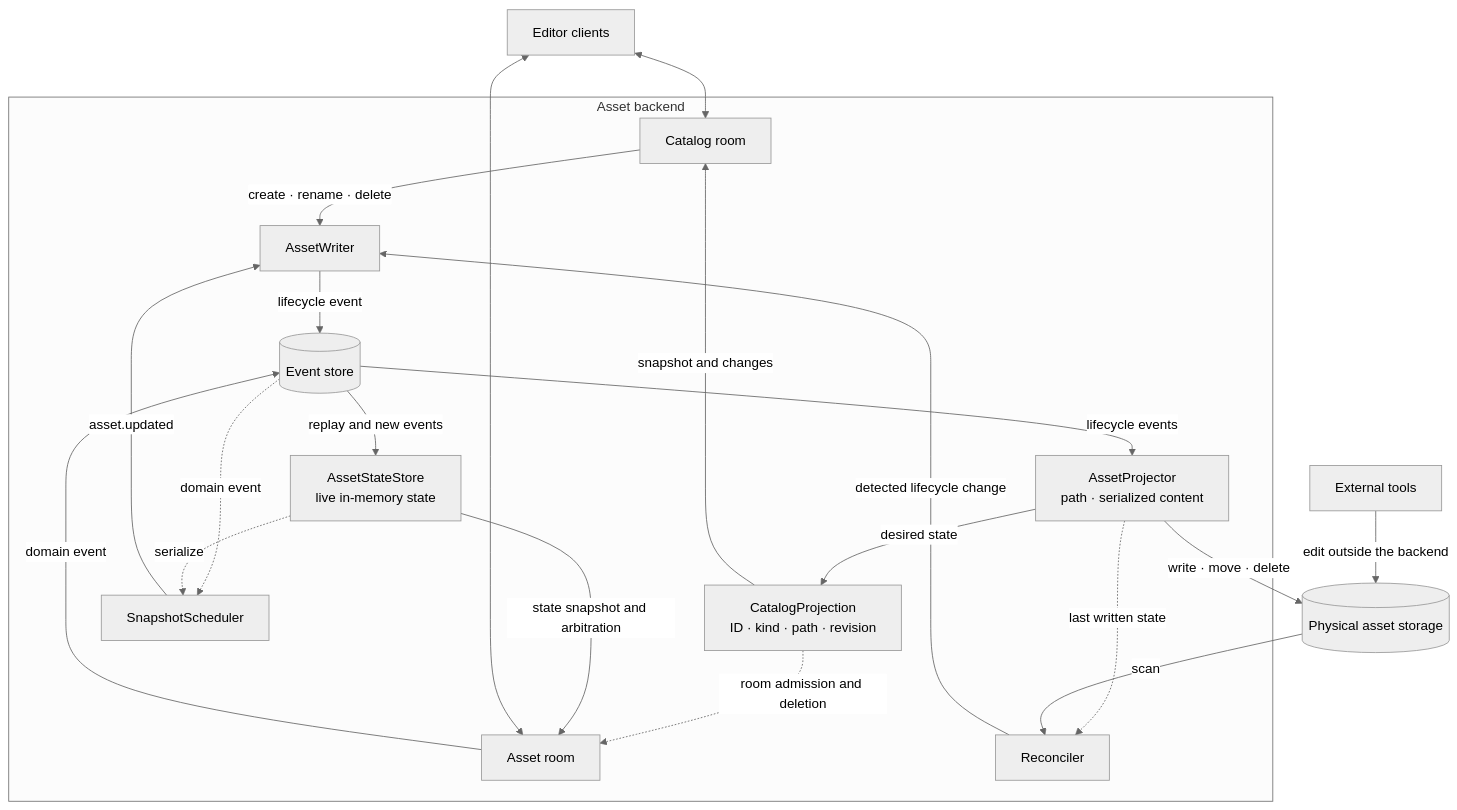
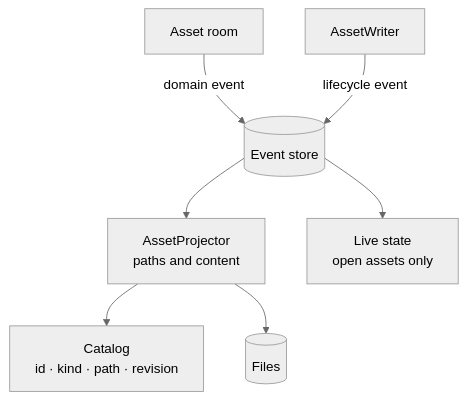
Before and after one commit to JollyPixel/editor: the first of 4 diagrams in packages/asset-server/ARCHITECTURE.md, drawn with Mermaid (neutral theme). The commit also changed other lines of this file and 54 other files, not shown here.

````diff
--- a/packages/asset-server/ARCHITECTURE.md
+++ b/packages/asset-server/ARCHITECTURE.md
@@ -19,43 +9,9 @@
 ```mermaid
 flowchart TB
-    Editor["Editor clients"]
-    Tool["External tools"]
-    Files[("Physical asset storage")]
-
-    subgraph Backend["Asset backend"]
-        CatalogRoom["Catalog room"]
-        AssetRoom["Asset room"]
-        Writer["AssetWriter"]
-        Store[("Event store")]
-        Catalog["CatalogProjection<br/>ID · kind · path · revision"]
-        Projector["AssetProjector<br/>path · serialized content"]
-        State["AssetStateStore<br/>live in-memory state"]
-        Scheduler["SnapshotScheduler"]
-        Reconciler["Reconciler"]
-
-        CatalogRoom -->|"create · rename · delete"| Writer
-        AssetRoom -->|"domain event"| Store
-        Writer -->|"lifecycle event"| Store
-
-        Store -->|"lifecycle events"| Projector
-        Projector -->|"desired state"| Catalog
-        Store -->|"replay and new events"| State
-
-        Catalog -->|"snapshot and changes"| CatalogRoom
-        Catalog -.->|"room admission and deletion"| AssetRoom
-        State -->|"state snapshot and arbitration"| AssetRoom
-
-        Store -.->|"domain event"| Scheduler
-        State -.->|"serialize"| Scheduler
-        Scheduler -->|"asset.updated"| Writer
-
-        Projector -.->|"last written state"| Reconciler
-        Reconciler -->|"detected lifecycle change"| Writer
-    end
-
-    Editor <--> CatalogRoom
-    Editor <--> AssetRoom
-    Projector -->|"write · move · delete"| Files
-    Tool -->|"edit outside the backend"| Files
-    Files -->|"scan"| Reconciler
+    Room["Asset room"] -->|"domain event"| Store[("Event store")]
+    Writer["AssetWriter"] -->|"lifecycle event"| Store
+    Store --> Projector["AssetProjector<br/>paths and content"]
+    Store --> Live["Live state<br/>open assets only"]
+    Projector --> Catalog["Catalog<br/>id · kind · path · revision"]
+    Projector --> Files[("Files")]
 ```
````
